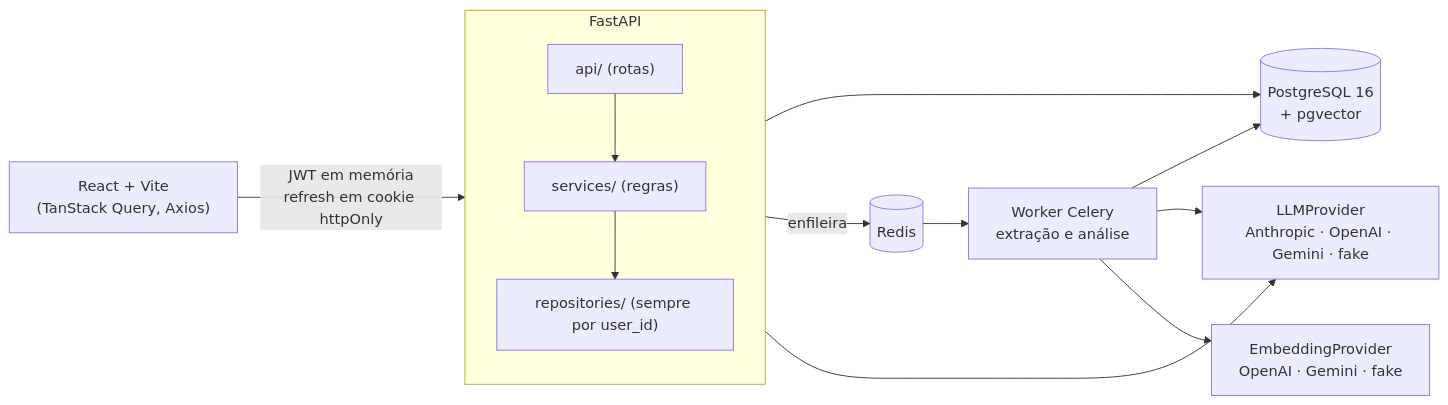
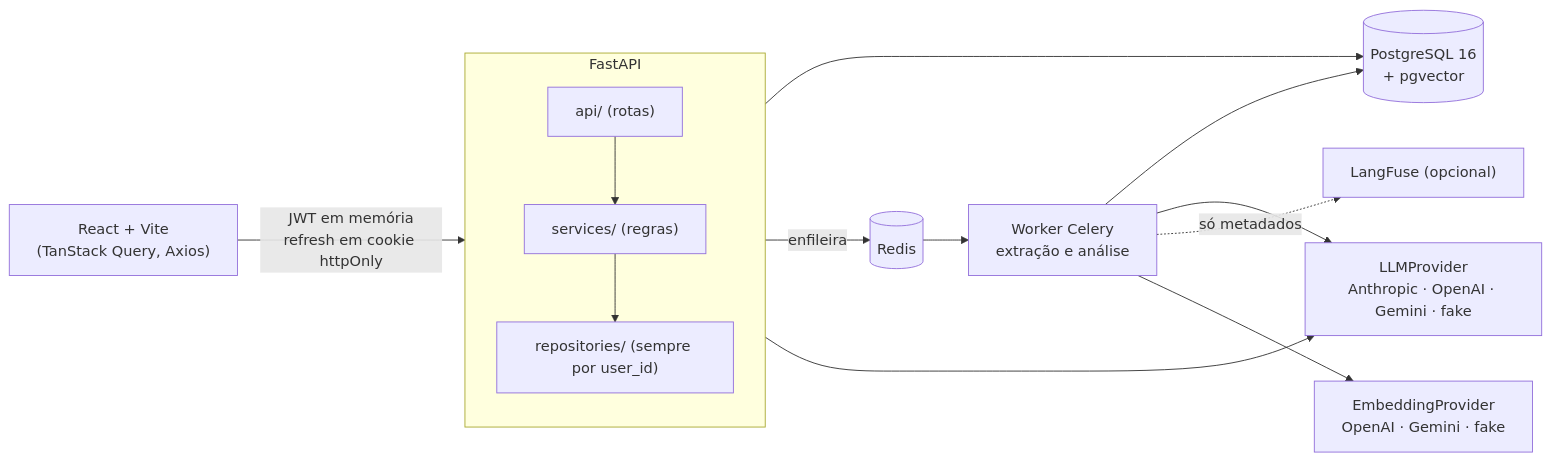
One commit to pedropompeu/VagaFit changed the first of 3 diagrams in README.md. Above: the diagram before and after it, drawn with Mermaid. The commit also changed other lines of this file and 17 other files, not shown here.

First line of the commit message:
feat(ai): orchestrate analysis with LangGraph and trace with LangFuse

````diff
--- a/README.md
+++ b/README.md
@@ -77,16 +77,17 @@
 ```mermaid
 flowchart LR
     web["React + Vite<br/>(TanStack Query, Axios)"] -->|"JWT em memória<br/>refresh em cookie httpOnly"| api
     subgraph api["FastAPI"]
         direction TB
         routes["api/ (rotas)"] --> services["services/ (regras)"]
         services --> repos["repositories/ (sempre por user_id)"]
     end
     api -->|enfileira| redis[("Redis")]
     redis --> worker["Worker Celery<br/>extração e análise"]
     repos --> pg[("PostgreSQL 16<br/>+ pgvector")]
     worker --> pg
     worker --> llm["LLMProvider<br/>Anthropic · OpenAI · Gemini · fake"]
+    worker -.->|"só metadados"| lf["LangFuse (opcional)"]
     api --> llm
     worker --> emb["EmbeddingProvider<br/>OpenAI · Gemini · fake"]
 ```
````
